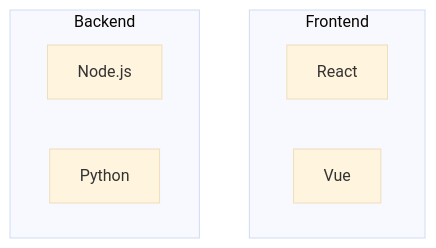
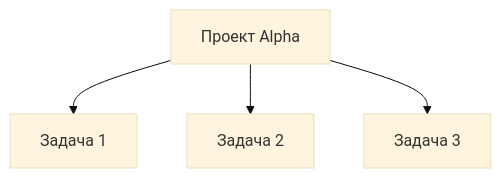
One commit to DaniilGavrin/mermaid-guide changed the tenth of 12 diagrams in docs/guides/obsidian.md. Above: the diagram before and after it, drawn with Mermaid (base theme). The commit also changed other lines of this file and 27 other files, not shown here.

Commit message:
fix: все диаграммы теперь показывают и код, и результат (28 файлов исправлено)

````diff
--- a/docs/guides/obsidian.md
+++ b/docs/guides/obsidian.md
@@ -305,12 +402,7 @@
-   ```mermaid
-   graph TB
-       subgraph Frontend
-           A[React]
-           B[Vue]
-       end
-       
-       subgraph Backend
-           C[Node.js]
-           D[Python]
-       end
-   ```
+```mermaid
+%% Генерируется вручную на основе данных выше
+graph TD
+    A[Проект Alpha] --> B[Задача 1]
+    A --> C[Задача 2]
+    A --> D[Задача 3]
+```
````
